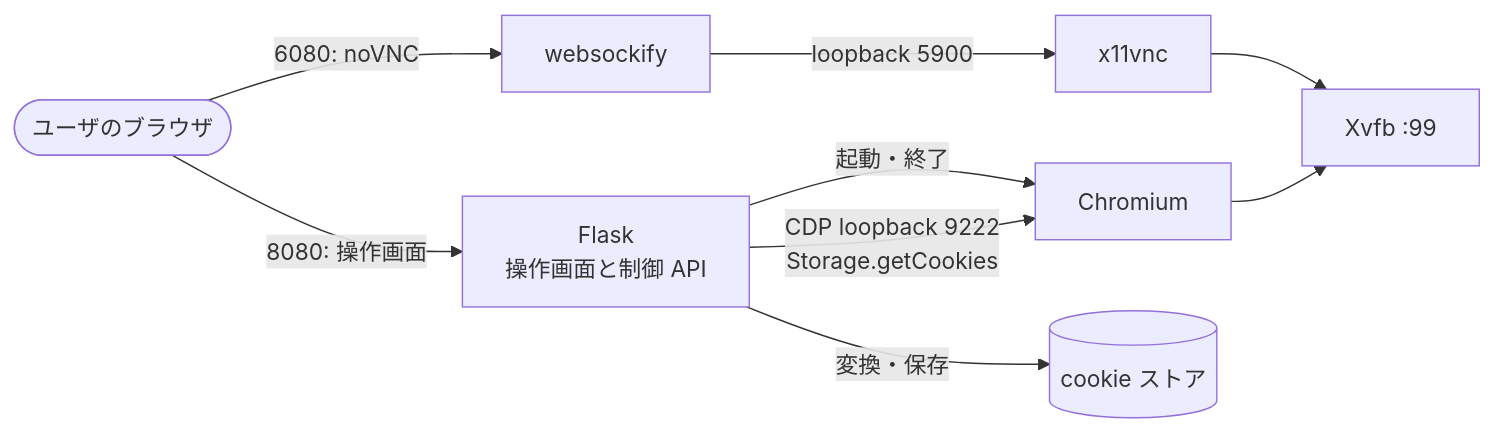
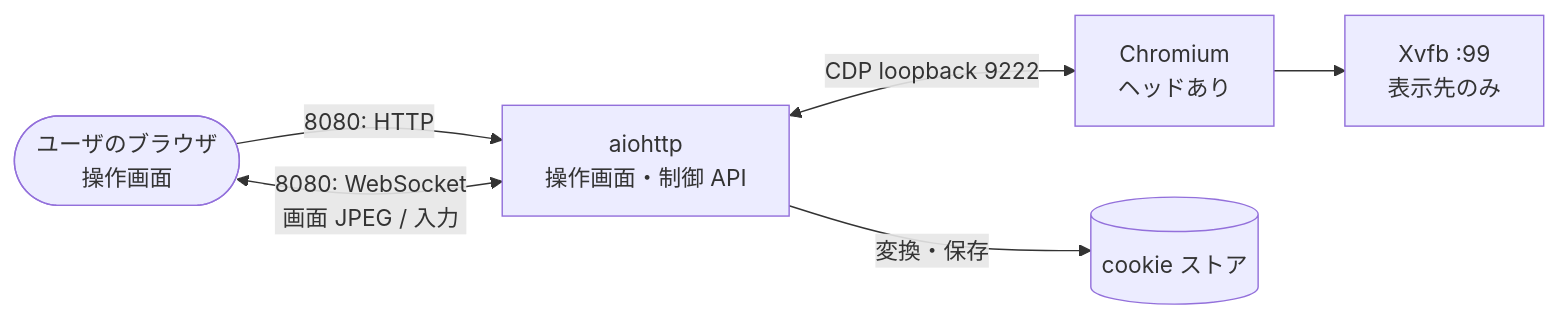
One commit to nekono-dev/ytdlpServer changed the first of 2 diagrams in specs/browserServer/design.md. Above: the diagram before and after it, drawn with Mermaid. The commit also changed other lines of this file and 11 other files, not shown here.

````diff
--- a/specs/browserServer/design.md
+++ b/specs/browserServer/design.md
@@ -9,11 +15,8 @@
 ```mermaid
 flowchart LR
-    U([ユーザのブラウザ]) -->|8080: 操作画面| UI[Flask<br>操作画面と制御 API]
-    U -->|6080: noVNC| WS[websockify]
-    WS -->|loopback 5900| VNC[x11vnc]
-    VNC --> X[Xvfb :99]
-    CH[Chromium] --> X
-    UI -->|起動・終了| CH
-    UI -->|CDP loopback 9222<br>Storage.getCookies| CH
-    UI -->|変換・保存| C[(cookie ストア)]
+    U([ユーザのブラウザ<br>操作画面]) -->|8080: HTTP| APP[aiohttp<br>操作画面・制御 API]
+    U <-->|8080: WebSocket<br>画面 JPEG / 入力| APP
+    APP <-->|CDP loopback 9222| CH[Chromium<br>ヘッドあり]
+    CH --> X[Xvfb :99<br>表示先のみ]
+    APP -->|変換・保存| C[(cookie ストア)]
 ```
````
